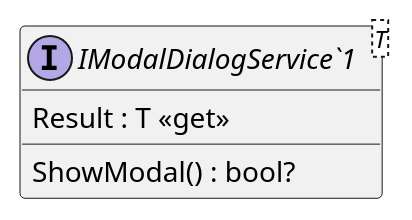
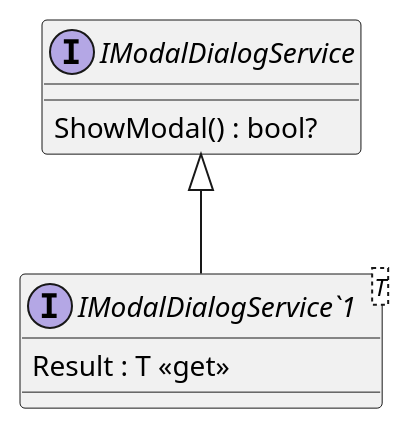
Before and after one commit to pierre3/CsvEditSharp: the diagram in Documents/uml/Services/IModalDialogService.puml, drawn with PlantUML. The commit also changed 9 other files, not shown here.

Commit message:
Update uml

```diff
--- a/Documents/uml/Services/IModalDialogService.puml
+++ b/Documents/uml/Services/IModalDialogService.puml
@@ -1,6 +1,9 @@
 @startuml
+interface IModalDialogService {
+    ShowModal() : bool?
+}
 interface "IModalDialogService`1"<T> {
     Result : T <<get>>
-    ShowModal() : bool?
 }
+IModalDialogService <|-- "IModalDialogService`1"
 @enduml
```
